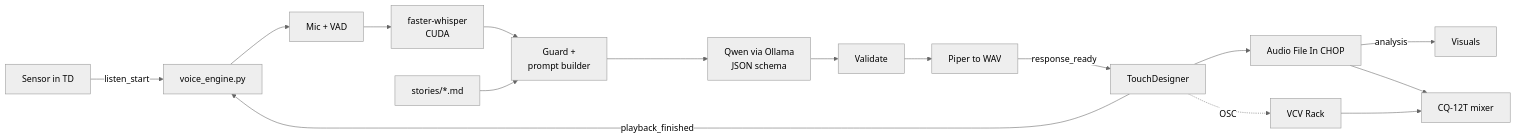
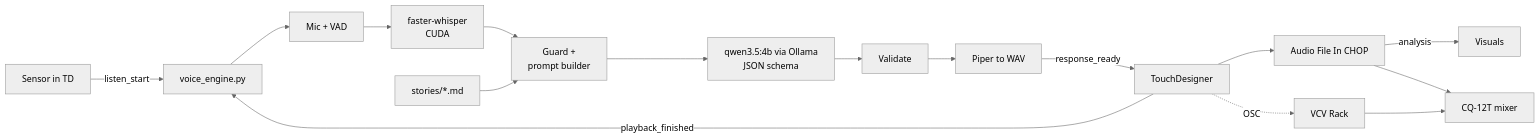
One commit to calvinguillot/theoracle changed the first of 5 diagrams in TheOracleSystem.md. Above: the diagram before and after it, drawn with Mermaid (neutral theme). The commit also changed other lines of this file and 11 other files, not shown here.

````diff
--- a/TheOracleSystem.md
+++ b/TheOracleSystem.md
@@ -53,18 +53,18 @@
 ```mermaid
 flowchart LR
   S[Sensor in TD] -->|listen_start| B[voice_engine.py]
   B --> M[Mic + VAD]
   M --> W[faster-whisper<br/>CUDA]
   W --> G[Guard +<br/>prompt builder]
   C[stories/*.md] --> G
-  G --> L[Qwen via Ollama<br/>JSON schema]
+  G --> L[qwen3.5:4b via Ollama<br/>JSON schema]
   L --> V[Validate]
   V --> P[Piper to WAV]
   P -->|response_ready| T[TouchDesigner]
   T --> A[Audio File In CHOP]
   A -->|analysis| VIS[Visuals]
   A --> CQ[CQ-12T mixer]
   T -.OSC.-> R[VCV Rack]
   R --> CQ
   T -->|playback_finished| B
 ```
````
